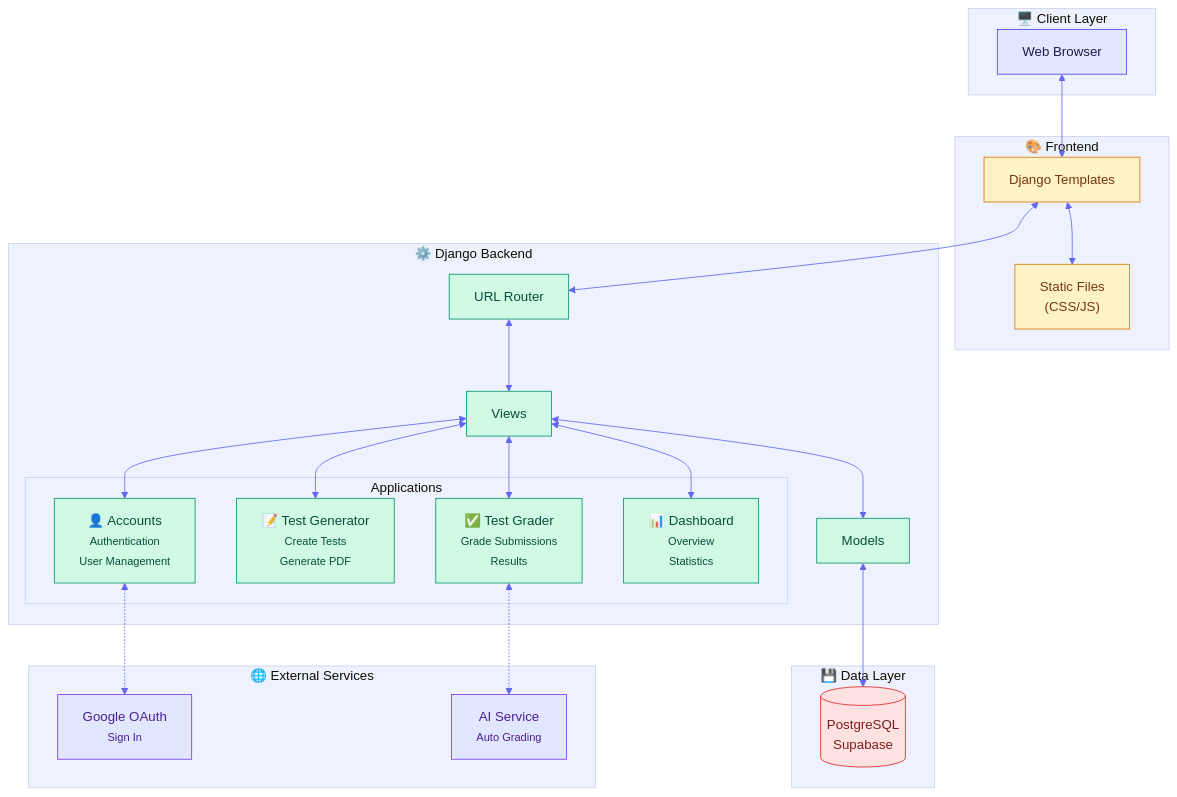
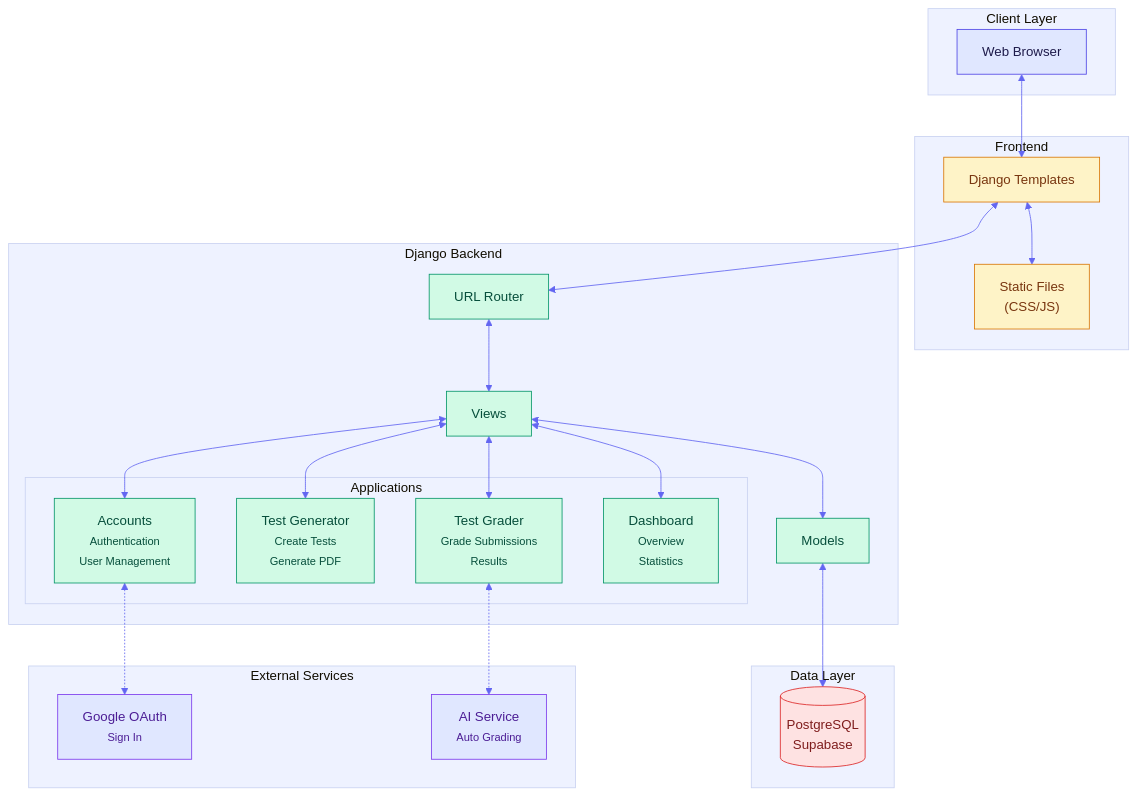
Before and after one commit to StoicaAndreiMarius/smartgrader: the diagram in README.md, drawn with Mermaid. The commit also changed other lines of this file, not shown here.

````diff
--- a/README.md
+++ b/README.md
@@ -202,60 +203,60 @@
 ```mermaid
 %%{init: {'theme': 'base', 'themeVariables': { 'primaryColor': '#4F46E5', 'primaryTextColor': '#fff', 'primaryBorderColor': '#3730A3', 'lineColor': '#6366F1', 'secondaryColor': '#F3F4F6', 'tertiaryColor': '#EEF2FF'}}}%%
 
 flowchart TB
-    subgraph CLIENT["🖥️ Client Layer"]
+    subgraph CLIENT["Client Layer"]
         Browser["Web Browser"]
     end
 
-    subgraph FRONTEND["🎨 Frontend"]
+    subgraph FRONTEND["Frontend"]
         Templates["Django Templates"]
         Static["Static Files<br/>(CSS/JS)"]
     end
 
-    subgraph DJANGO["⚙️ Django Backend"]
+    subgraph DJANGO["Django Backend"]
         subgraph APPS["Applications"]
-            Accounts["👤 Accounts<br/><small>Authentication<br/>User Management</small>"]
-            TestGen["📝 Test Generator<br/><small>Create Tests<br/>Generate PDF</small>"]
-            TestGrader["✅ Test Grader<br/><small>Grade Submissions<br/>Results</small>"]
-            Dashboard["📊 Dashboard<br/><small>Overview<br/>Statistics</small>"]
+            Accounts["Accounts<br/><small>Authentication<br/>User Management</small>"]
+            TestGen["Test Generator<br/><small>Create Tests<br/>Generate PDF</small>"]
+            TestGrader["Test Grader<br/><small>Grade Submissions<br/>Results</small>"]
+            Dashboard["Dashboard<br/><small>Overview<br/>Statistics</small>"]
         end
         
         URLs["URL Router"]
         Views["Views"]
         Models["Models"]
     end
 
-    subgraph DATA["💾 Data Layer"]
+    subgraph DATA["Data Layer"]
         Supabase[("PostgreSQL<br/>Supabase")]
     end
 
-    subgraph EXTERNAL["🌐 External Services"]
+    subgraph EXTERNAL["External Services"]
         Google["Google OAuth<br/><small>Sign In</small>"]
         AI["AI Service<br/><small>Auto Grading</small>"]
     end
 
     Browser <--> Templates
     Templates <--> Static
     Templates <--> URLs
     URLs <--> Views
     Views <--> Models
     Views <--> Accounts
     Views <--> TestGen
     Views <--> TestGrader
     Views <--> Dashboard
     Models <--> Supabase
     Accounts <-.-> Google
     TestGrader <-.-> AI
 
     classDef client fill:#E0E7FF,stroke:#4F46E5,color:#1E1B4B
     classDef frontend fill:#FEF3C7,stroke:#D97706,color:#78350F
     classDef backend fill:#D1FAE5,stroke:#059669,color:#064E3B
     classDef data fill:#FEE2E2,stroke:#DC2626,color:#7F1D1D
     classDef external fill:#E0E7FF,stroke:#7C3AED,color:#4C1D95
 
     class Browser client
     class Templates,Static frontend
     class Accounts,TestGen,TestGrader,Dashboard,URLs,Views,Models backend
     class Supabase data
     class Google,AI external
 ```
````
